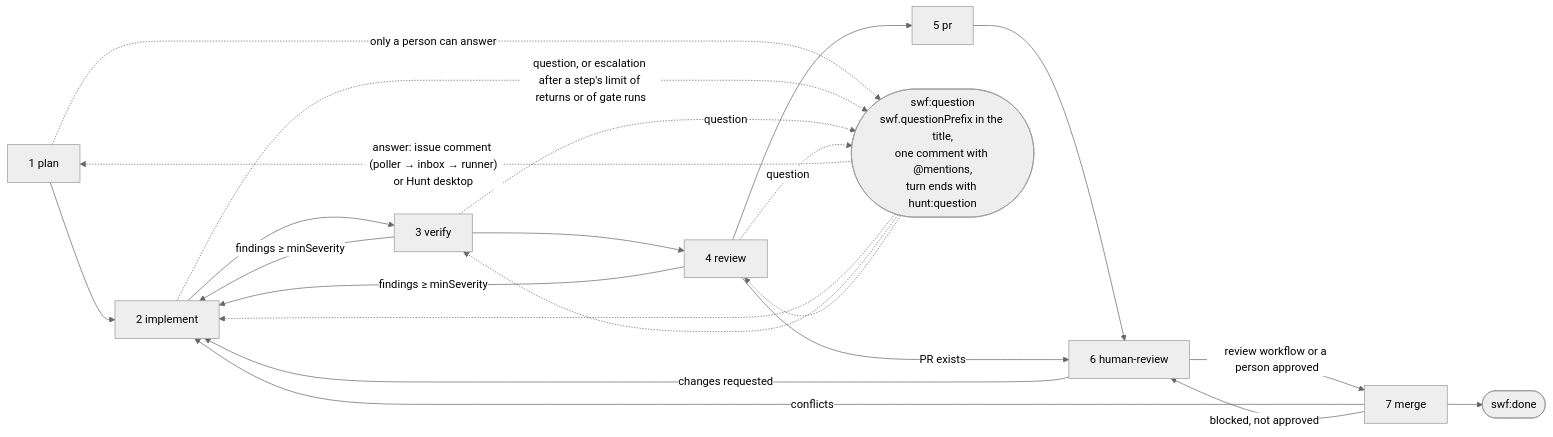
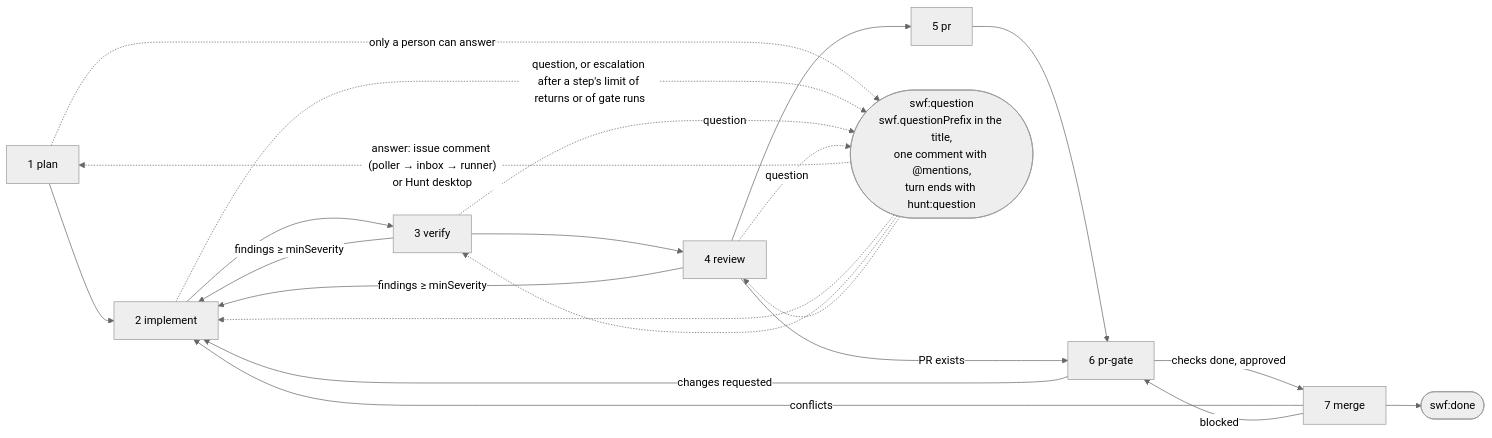
Before and after one commit to unshoppable/hunt: the diagram in libs/domain/prompts/swf/README.md, drawn with Mermaid (neutral theme). The commit also changed other lines of this file and 37 other files, not shown here.

First line of the commit message:
feat: rename the human-review step to pr-gate and merge once GitHub approves

````diff
--- a/libs/domain/prompts/swf/README.md
+++ b/libs/domain/prompts/swf/README.md
@@ -59,22 +60,22 @@
 ```mermaid
 flowchart LR
-    plan[1 plan] --> implement[2 implement] --> verify[3 verify] --> review[4 review] --> pr[5 pr] --> human[6 human-review]
+    plan[1 plan] --> implement[2 implement] --> verify[3 verify] --> review[4 review] --> pr[5 pr] --> gate[6 pr-gate]
     verify -->|findings ≥ minSeverity| implement
     review -->|findings ≥ minSeverity| implement
-    review -->|PR exists| human
-    human -->|review workflow or a person approved| merge[7 merge]
-    human -->|changes requested| implement
+    review -->|PR exists| gate
+    gate -->|checks done, approved| merge[7 merge]
+    gate -->|changes requested| implement
     merge -->|conflicts| implement
-    merge -->|blocked, not approved| human
+    merge -->|blocked| gate
     merge --> done([swf:done])
 
     question([swf:question<br/>swf.questionPrefix in the title,<br/>one comment with @mentions,<br/>turn ends with hunt:question])
     plan -. "only a person can answer" .-> question
     implement -. "question, or escalation after a step's limit of returns or of gate runs" .-> question
     verify -. question .-> question
     review -. question .-> question
     question -. "answer: issue comment (poller → inbox → runner)<br/>or Hunt desktop" .-> plan
     question -.-> implement
     question -.-> verify
     question -.-> review
 ```
````
